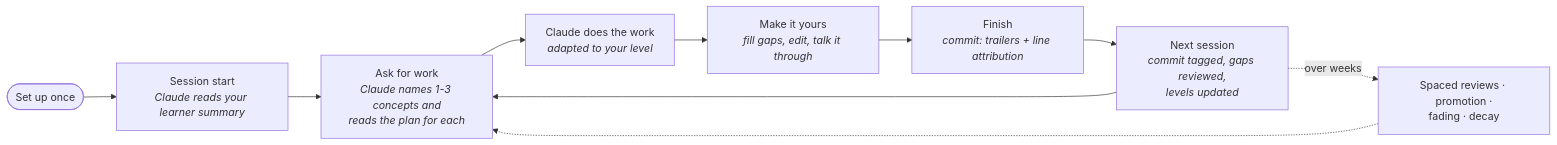
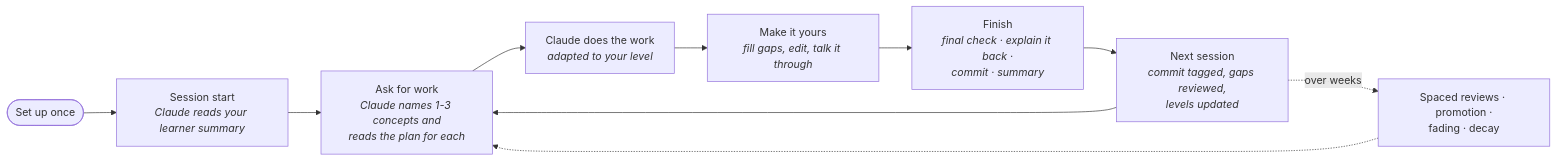
The diagram in docs/USER_JOURNEY.md (Wedro16/claude-learn), drawn with Mermaid before and after one commit. The commit also changed other lines of this file and 7 other files, not shown here.

````diff
--- a/docs/USER_JOURNEY.md
+++ b/docs/USER_JOURNEY.md
@@ -8,12 +8,12 @@
 ```mermaid
 flowchart LR
     setup(["Set up once"]) --> start["Session start<br/><i>Claude reads your learner summary</i>"]
     start --> ask["Ask for work<br/><i>Claude names 1-3 concepts and<br/>reads the plan for each</i>"]
     ask --> work["Claude does the work<br/><i>adapted to your level</i>"]
     work --> own["Make it yours<br/><i>fill gaps, edit, talk it through</i>"]
-    own --> finish["Finish<br/><i>commit: trailers + line attribution</i>"]
+    own --> finish["Finish<br/><i>final check · explain it back ·<br/>commit · summary</i>"]
     finish --> next["Next session<br/><i>commit tagged, gaps reviewed,<br/>levels updated</i>"]
     next --> ask
     next -.->|over weeks| weeks["Spaced reviews · promotion ·<br/>fading · decay"]
     weeks -.-> ask
 ```
````
